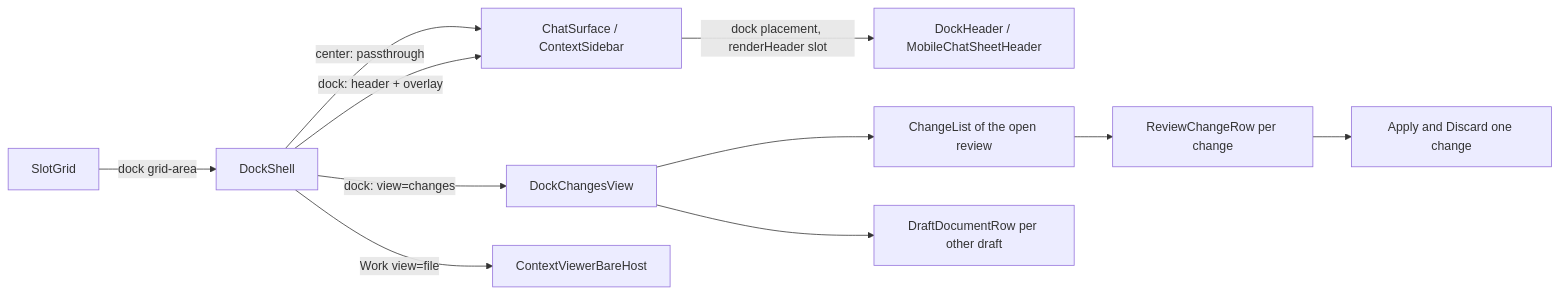
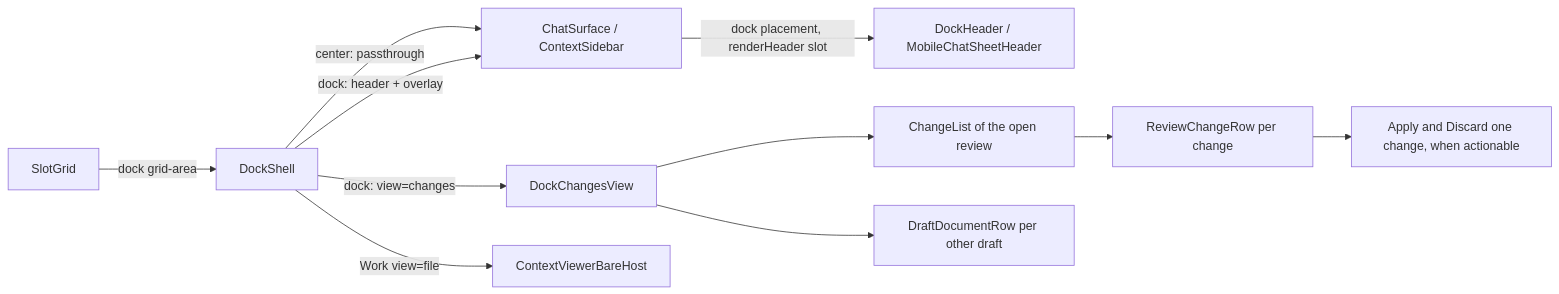
Before and after one commit to haowjy/meridian-flow: the diagram in apps/app/src/features/project/dock/.context/CONTEXT.md, drawn with Mermaid. The commit also changed other lines of this file and 11 other files, not shown here.

````diff
--- a/apps/app/src/features/project/dock/.context/CONTEXT.md
+++ b/apps/app/src/features/project/dock/.context/CONTEXT.md
@@ -129,13 +129,13 @@
 ```mermaid
 flowchart LR
     Grid[SlotGrid] -->|dock grid-area| DockShell
     DockShell -->|center: passthrough| Occupant[ChatSurface / ContextSidebar]
     DockShell -->|dock: header + overlay| Occupant
 DockShell -->|dock: view=changes| Changes[DockChangesView]
 DockShell -->|Work view=file| File[ContextViewerBareHost]
     Occupant -->|dock placement, renderHeader slot| Header[DockHeader / MobileChatSheetHeader]
     Changes --> List[ChangeList of the open review]
     List --> Row[ReviewChangeRow per change]
-    Row --> Verbs[Apply and Discard one change]
+    Row --> Verbs[Apply and Discard one change, when actionable]
     Changes --> Other[DraftDocumentRow per other draft]
 ```
````
